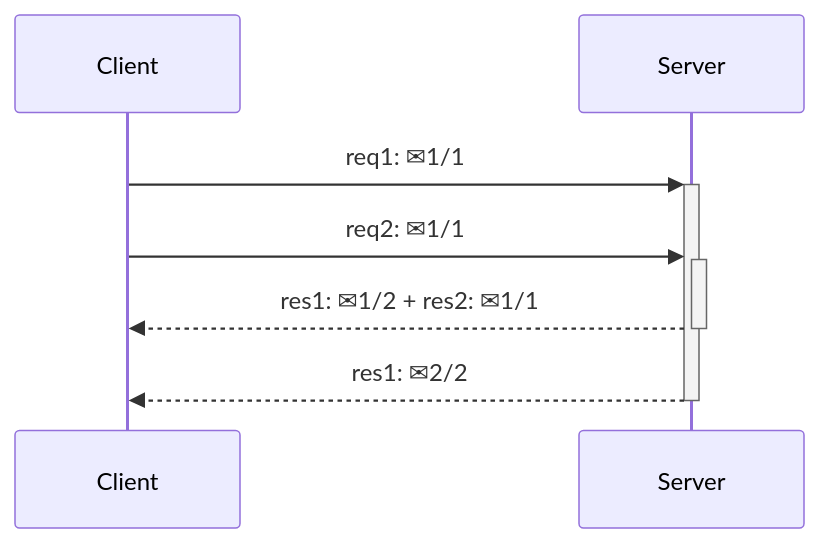
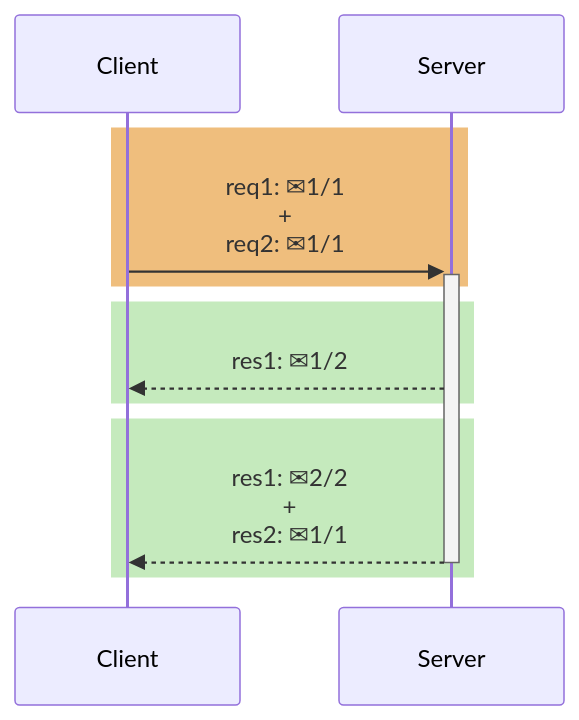
The second of 4 diagrams in src/posts/2024/03/http2-and-http3-explained.md (alexandrehtrb/alexandrehtrb.github.io), drawn with Mermaid before and after one commit. The commit also changed other lines of this file and 1 other file, not shown here.

Commit message:
article: colouring TCP packets in diagrams

````diff
--- a/src/posts/2024/03/http2-and-http3-explained.md
+++ b/src/posts/2024/03/http2-and-http3-explained.md
@@ -128,7 +128,12 @@
 ```mermaid
 sequenceDiagram
-    Client->>+Server: req1: #9993;1/1
-    Client->>+Server: req2: #9993;1/1
-    Server-->>-Client: res1: #9993;1/2 + res2: #9993;1/1
-    Server-->>-Client: res1: #9993;2/2
+    rect rgb(239,190,125)
+        Client->>+Server: req1: #9993;1/1<br>+<br>req2: #9993;1/1
+    end
+    rect rgb(197, 234, 189)
+        Server-->>Client: res1: #9993;1/2
+    end
+    rect rgb(197, 234, 189)
+        Server-->>-Client: res1: #9993;2/2<br>+<br>res2: #9993;1/1
+    end
 ```
````
